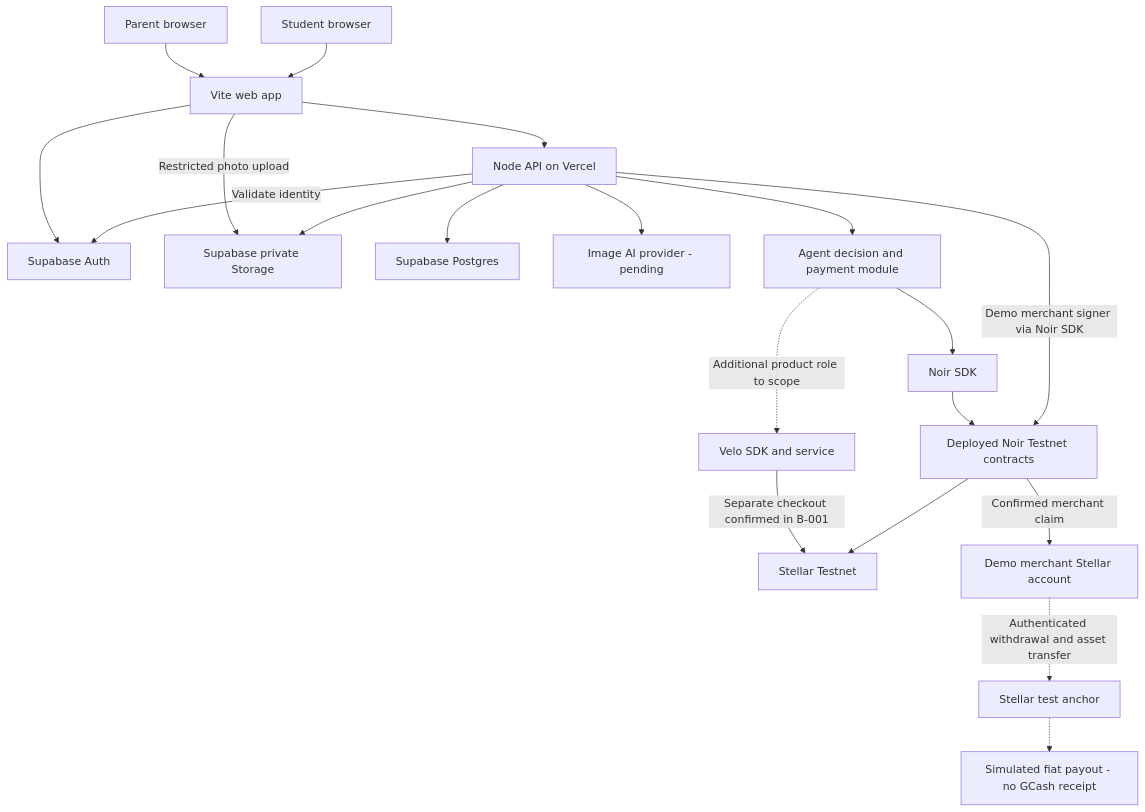
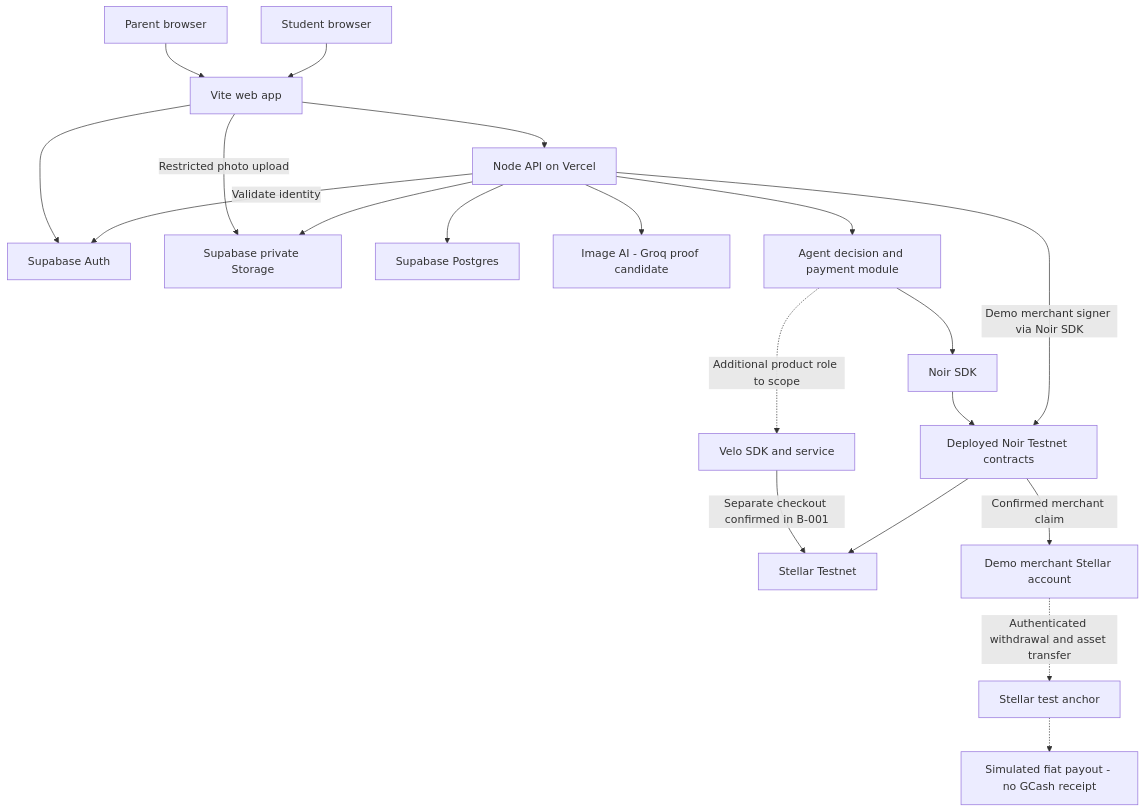
Before and after one commit to DiceTL/PadalaPocket: the first of 3 diagrams in docs/architecture.md, drawn with Mermaid. The commit also changed other lines of this file and 12 other files, not shown here.

First line of the commit message:
Verify B-004 Groq identification and SEP-24 withdrawal flow

````diff
--- a/docs/architecture.md
+++ b/docs/architecture.md
@@ -29,22 +31,22 @@
 ```mermaid
 flowchart TD
     Parent["Parent browser"] --> Web["Vite web app"]
     Student["Student browser"] --> Web
     Web --> Auth["Supabase Auth"]
     Web --> API["Node API on Vercel"]
     Web -->|"Restricted photo upload"| Storage["Supabase private Storage"]
     API -->|"Validate identity"| Auth
     API --> DB["Supabase Postgres"]
     API --> Storage
-    API --> AI["Image AI provider - pending"]
+    API --> AI["Image AI - Groq proof candidate"]
     API --> Agent["Agent decision and payment module"]
     Agent --> NoirSDK["Noir SDK"]
     NoirSDK --> Contracts["Deployed Noir Testnet contracts"]
     Agent -.->|"Additional product role to scope"| Velo["Velo SDK and service"]
     Velo -->|"Separate checkout confirmed in B-001"| Ledger["Stellar Testnet"]
     Contracts --> Ledger
     API -->|"Demo merchant signer via Noir SDK"| Contracts
     Contracts -->|"Confirmed merchant claim"| Merchant["Demo merchant Stellar account"]
     Merchant -.->|"Authenticated withdrawal and asset transfer"| Anchor["Stellar test anchor"]
     Anchor -.-> Fiat["Simulated fiat payout - no GCash receipt"]
 ```
````
